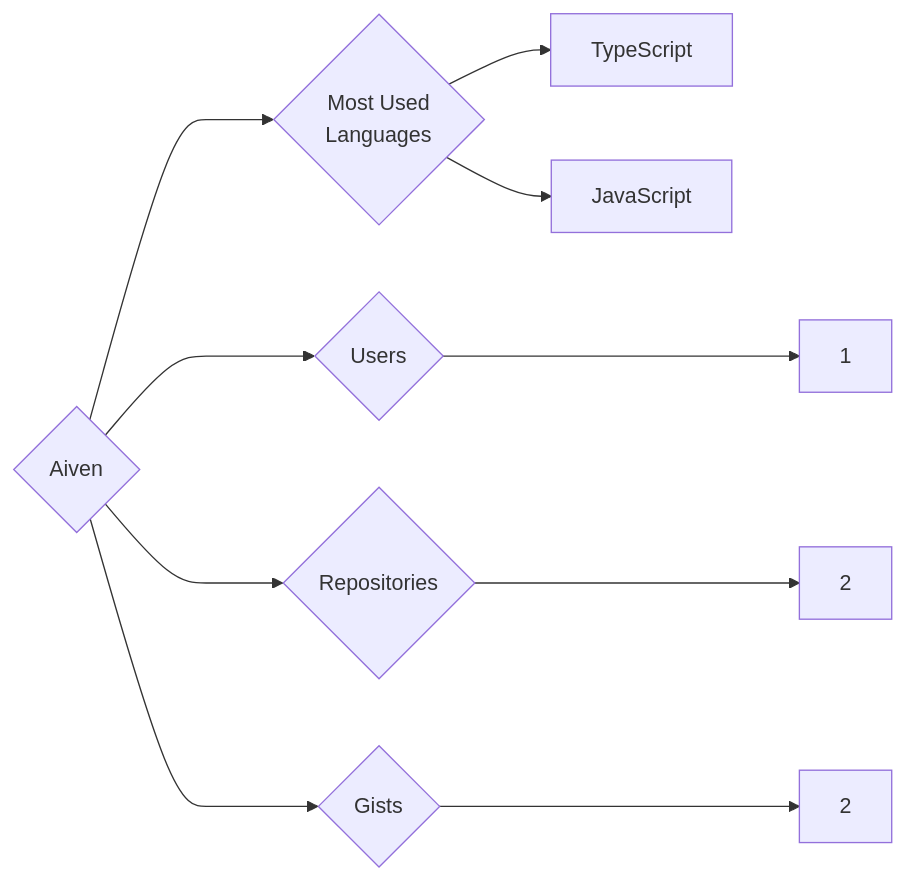
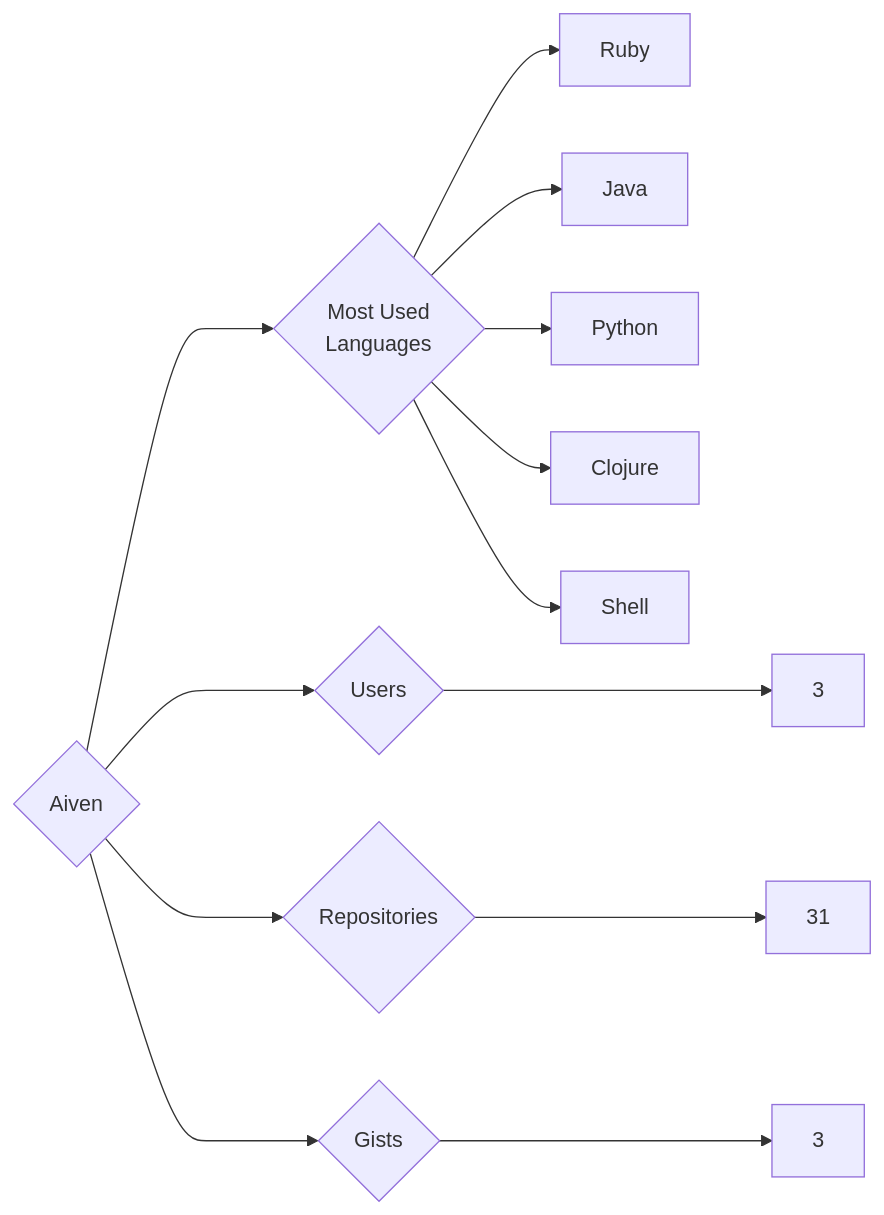
One commit to trickest/insiders changed the diagram in targets/Aiven/README.md. Above: the diagram before and after it, drawn with Mermaid. The commit also changed 880 other files, not shown here.

````diff
--- a/targets/Aiven/README.md
+++ b/targets/Aiven/README.md
@@ -3,10 +3,13 @@
 ```mermaid
 graph LR
 COMPANY_NAME{Aiven}
-COMPANY_NAME ---> U{Users} ---> UN[1]
-COMPANY_NAME ---> R{Repositories} ---> RN[2]
-COMPANY_NAME ---> G{Gists} ---> GN[2]
+COMPANY_NAME ---> U{Users} ---> UN[3]
+COMPANY_NAME ---> R{Repositories} ---> RN[31]
+COMPANY_NAME ---> G{Gists} ---> GN[3]
 COMPANY_NAME ---> ML{Most Used<br>Languages}
-ML --> TypeScript[TypeScript]
-ML --> JavaScript[JavaScript]
+ML --> Ruby[Ruby]
+ML --> Java[Java]
+ML --> Python[Python]
+ML --> Clojure[Clojure]
+ML --> Shell[Shell]
 ```
````
